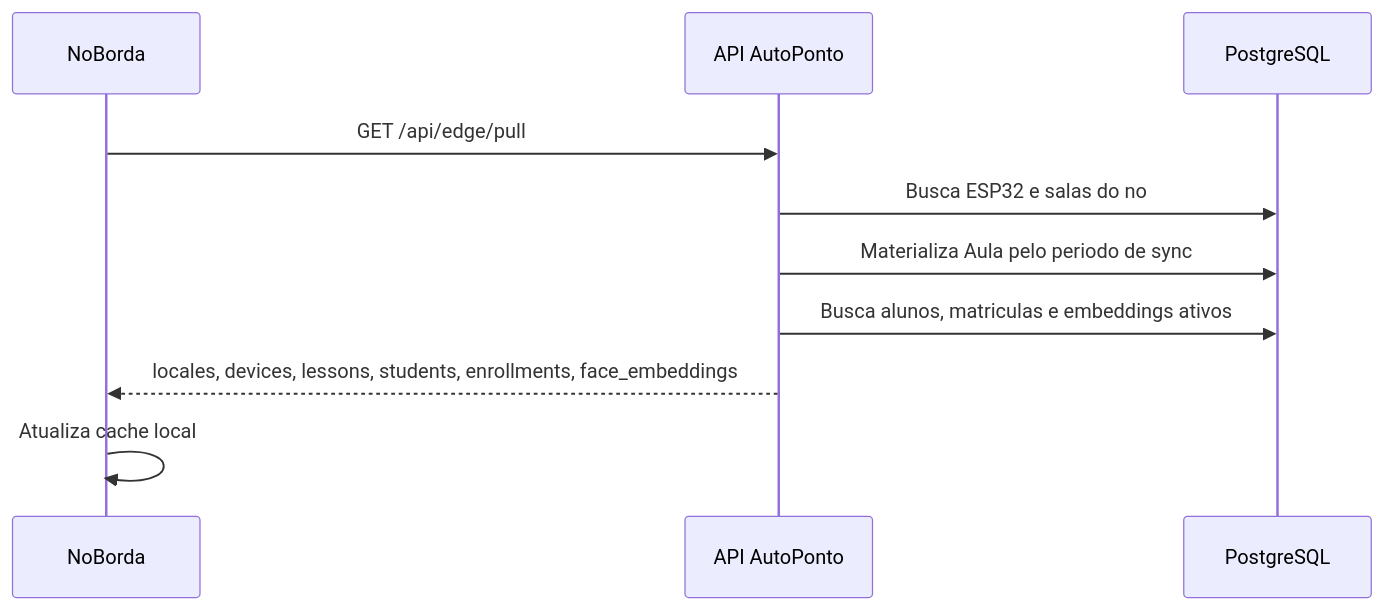
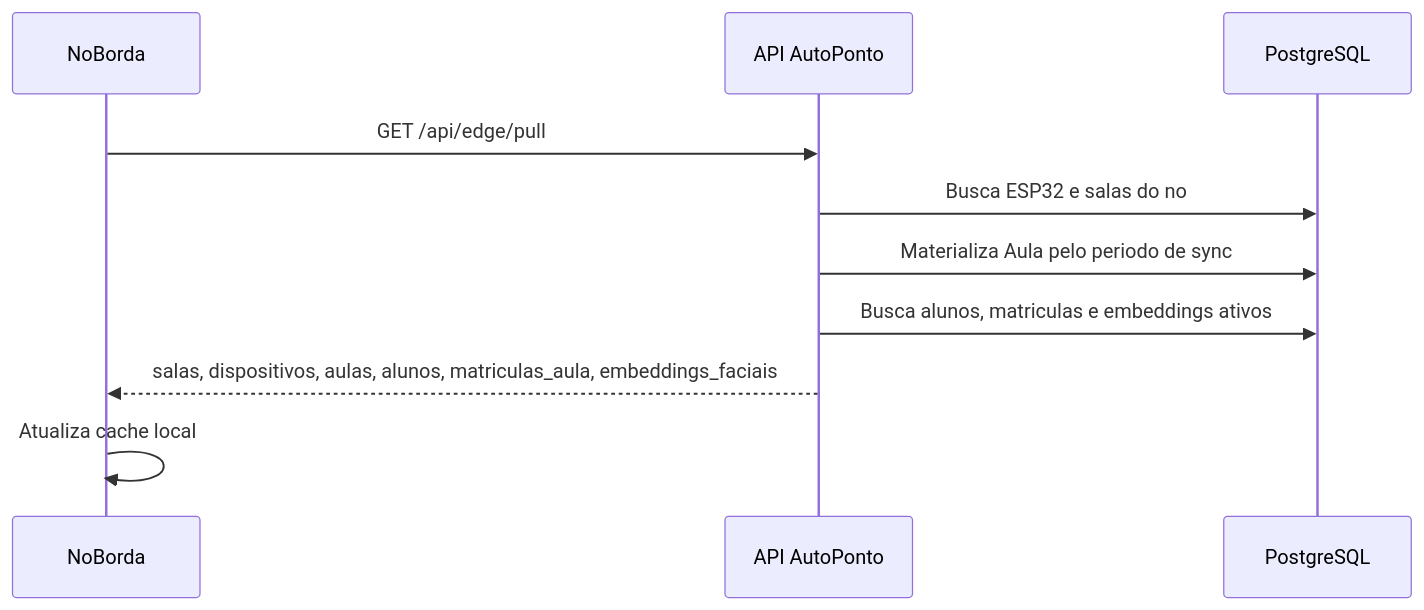
The fourth of 10 diagrams in autoponto-backend/docs/diagramas-tcc.md (DanielKGM/autoponto), drawn with Mermaid before and after one commit. The commit also changed other lines of this file and 29 other files, not shown here.

````diff
--- a/autoponto-backend/docs/diagramas-tcc.md
+++ b/autoponto-backend/docs/diagramas-tcc.md
@@ -86,13 +88,13 @@
 ```mermaid
 sequenceDiagram
     participant Edge as NoBorda
     participant API as API AutoPonto
     participant DB as PostgreSQL
 
     Edge->>API: GET /api/edge/pull
     API->>DB: Busca ESP32 e salas do no
     API->>DB: Materializa Aula pelo periodo de sync
     API->>DB: Busca alunos, matriculas e embeddings ativos
-    API-->>Edge: locales, devices, lessons, students, enrollments, face_embeddings
+    API-->>Edge: salas, dispositivos, aulas, alunos, matriculas_aula, embeddings_faciais
     Edge->>Edge: Atualiza cache local
 ```
````
